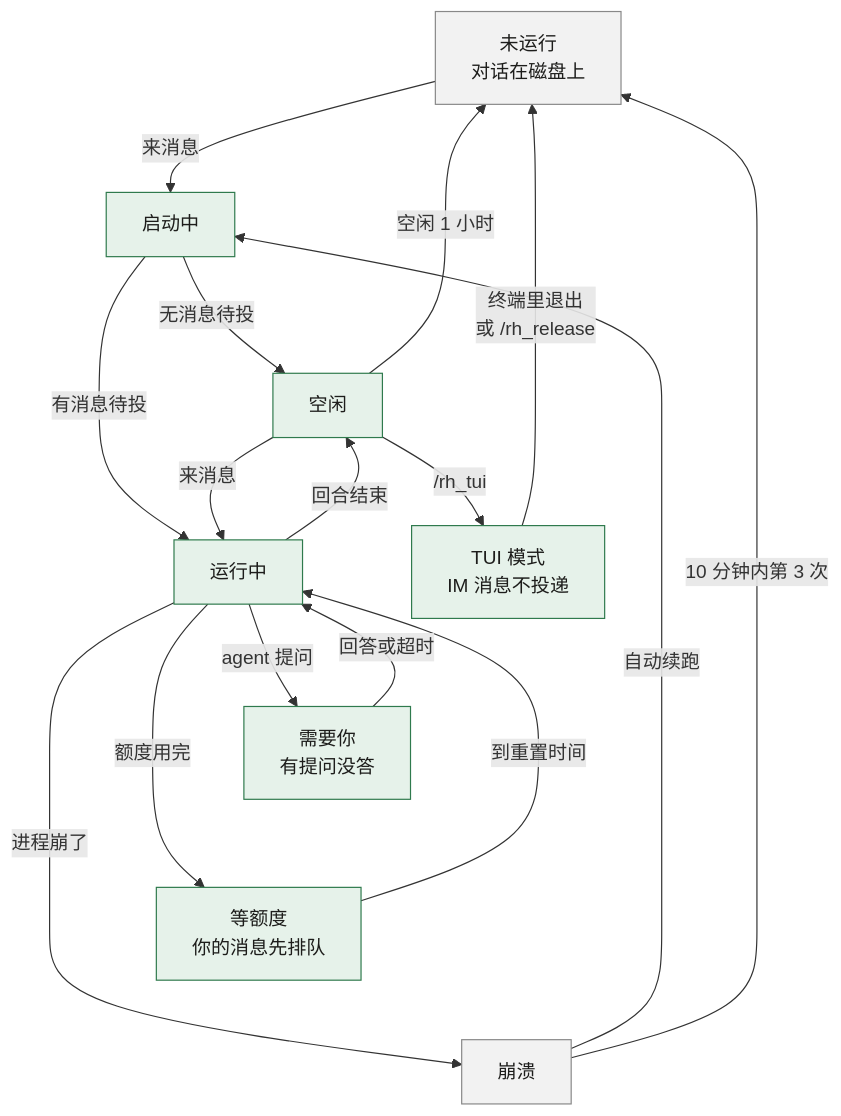
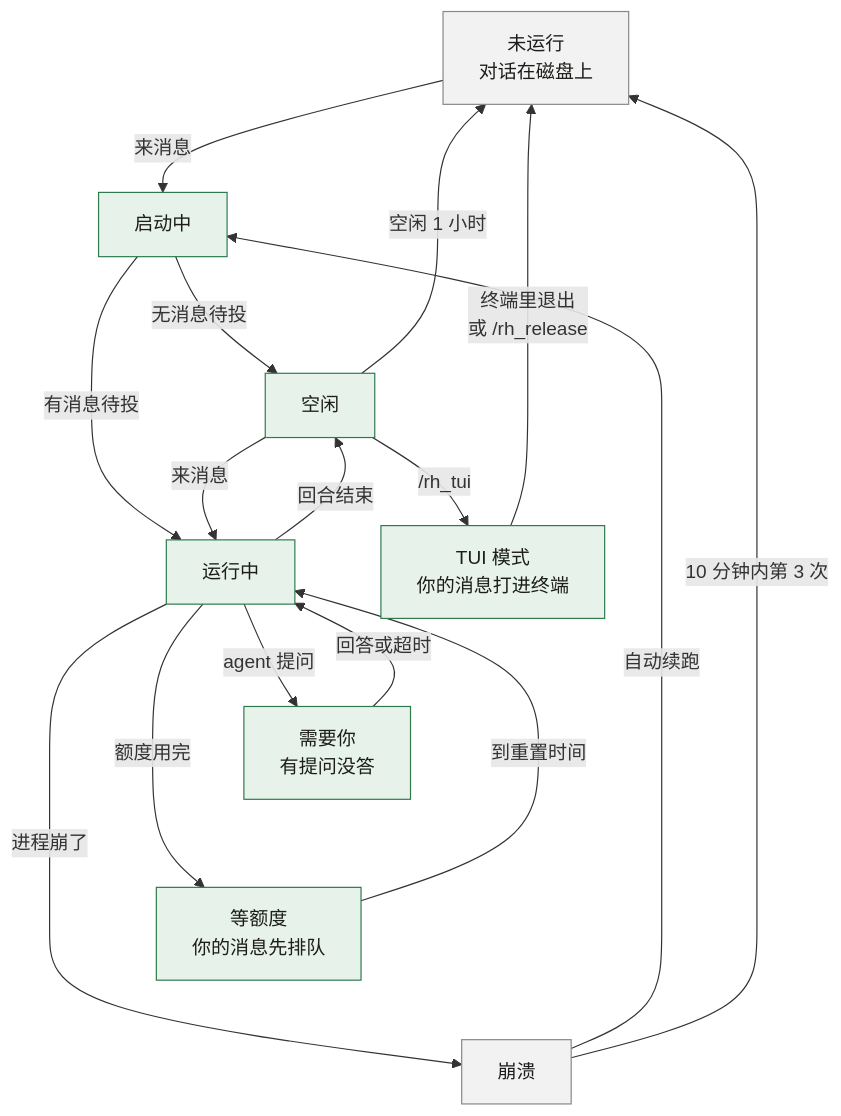
Before and after one commit to RhodiumTeam/Rhodium: the second of 5 diagrams in docs/product.md, drawn with Mermaid. The commit also changed other lines of this file and 120 other files, not shown here.

````diff
--- a/docs/product.md
+++ b/docs/product.md
@@ -75,32 +75,32 @@
 ```mermaid
 flowchart TD
   classDef agent fill:#e6f2ea,stroke:#2f7a4d,color:#1d1d1b
   classDef store fill:#f2f2f2,stroke:#888888,color:#1d1d1b
 
   OFF["未运行<br/>对话在磁盘上"]:::store
   ST["启动中"]:::agent
   ID["空闲"]:::agent
   RUN["运行中"]:::agent
   NY["需要你<br/>有提问没答"]:::agent
   RL["等额度<br/>你的消息先排队"]:::agent
-  TUI["TUI 模式<br/>IM 消息不投递"]:::agent
+  TUI["TUI 模式<br/>你的消息打进终端"]:::agent
   CR["崩溃"]:::store
 
   OFF -- "来消息" --> ST
   ST -- "无消息待投" --> ID
   ST -- "有消息待投" --> RUN
   ID -- "来消息" --> RUN
   RUN -- "回合结束" --> ID
   ID -- "空闲 1 小时" --> OFF
   ID -- "/rh_tui" --> TUI
   TUI -- "终端里退出<br/>或 /rh_release" --> OFF
   RUN -- "agent 提问" --> NY
   NY -- "回答或超时" --> RUN
   RUN -- "额度用完" --> RL
   RL -- "到重置时间" --> RUN
   RUN -- "进程崩了" --> CR
   CR -- "自动续跑" --> ST
   CR -- "10 分钟内第 3 次" --> OFF
   NY ~~~ RL
   RL ~~~ CR
 ```
````
